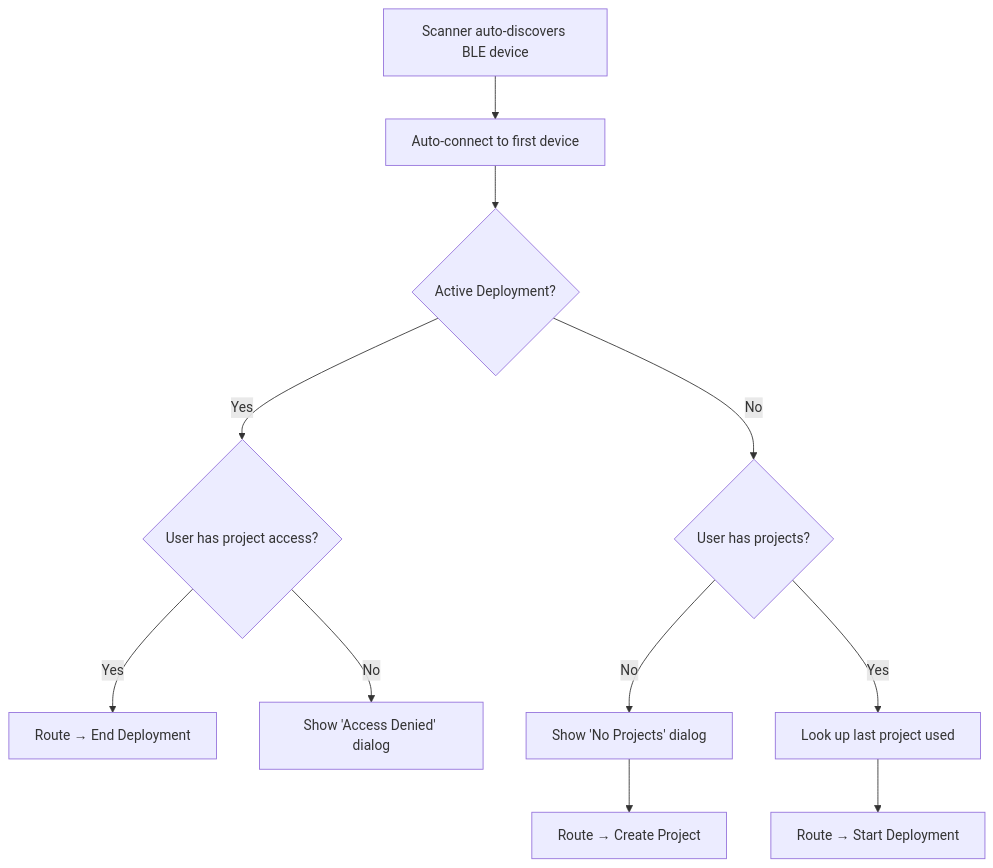
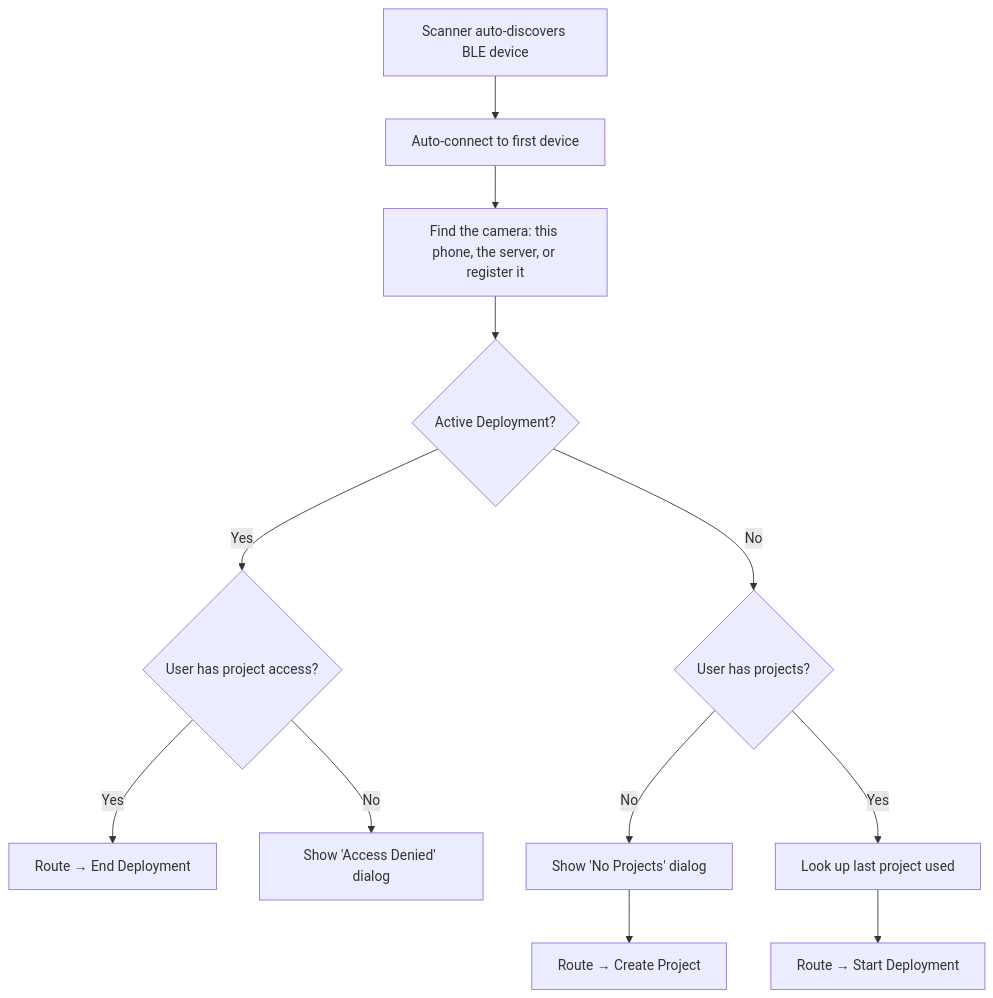
Before and after one commit to wildlifeai/ww-mobile-app: the first of 3 diagrams in documentation/onboarding/05-DEVICE-FLOWS.md, drawn with Mermaid. The commit also changed other lines of this file and 13 other files, not shown here.

````diff
--- a/documentation/onboarding/05-DEVICE-FLOWS.md
+++ b/documentation/onboarding/05-DEVICE-FLOWS.md
@@ -19,13 +19,14 @@
 ```mermaid
 flowchart TD
     A["Scanner auto-discovers BLE device"] --> B["Auto-connect to first device"]
-    B --> C{"Active Deployment?"}
+    B --> R["Find the camera: this phone, the server, or register it"]
+    R --> C{"Active Deployment?"}
     C -- Yes --> D{"User has project access?"}
     D -- Yes --> E["Route → End Deployment"]
     D -- No --> F["Show 'Access Denied' dialog"]
     C -- No --> G{"User has projects?"}
     G -- No --> H["Show 'No Projects' dialog"]
     H --> I["Route → Create Project"]
     G -- Yes --> J["Look up last project used"]
     J --> L["Route → Start Deployment"]
 ```
````
